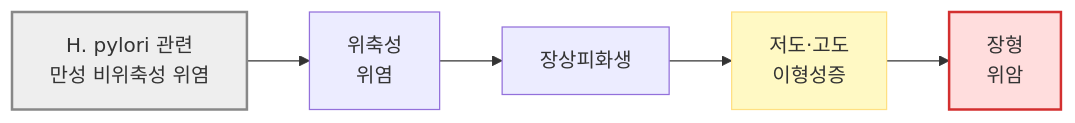
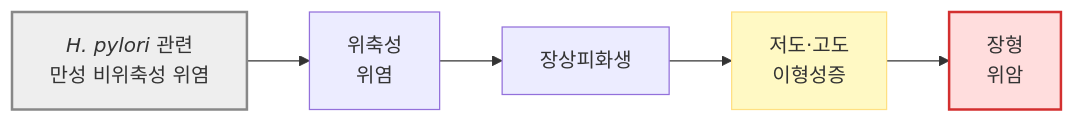
Before and after one commit to familyoh77/familyoh77: the first of 2 diagrams in 224_/078_-gastritis.md, drawn with Mermaid. The commit also changed other lines of this file and 2 other files, not shown here.

````diff
--- a/224_/078_-gastritis.md
+++ b/224_/078_-gastritis.md
@@ -27,11 +27,11 @@
 ```mermaid
 flowchart LR
-    B["H. pylori 관련 <br/>만성 비위축성 위염"]
+    B["<i>H. pylori</i> 관련 <br/>만성 비위축성 위염"]
     B --> C["위축성 <br/>위염"]
     C --> D["장상피화생"]
     D --> E["저도·고도 <br/>이형성증"]
     E --> F["장형 <br/>위암"]
     style B fill:#eeeeee,stroke:#888888,stroke-width:2px
     style E fill:#fff9c4,stroke:#ffe082
     style F fill:#ffdddd,stroke:#d32f2f,stroke-width:2px
 ```
````
